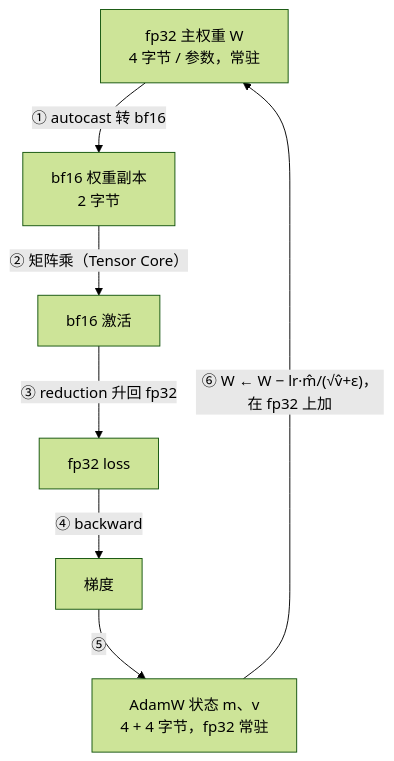
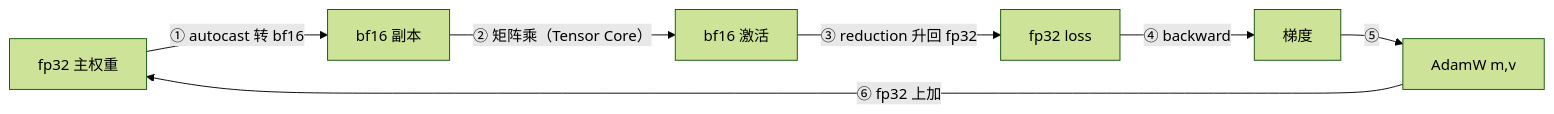
Before and after one commit to arganzheng/arganzheng.github.com: the third of 4 diagrams in slides/2026-01-22-algorithm-tooling.md, drawn with Mermaid (forest theme). The commit also changed other lines of this file, not shown here.

Commit message:
slides/algorithm-tooling: cut/shorten mermaid diagrams below 14px rendered text (check-render smalltext/overlap)

````diff
--- a/slides/2026-01-22-algorithm-tooling.md
+++ b/slides/2026-01-22-algorithm-tooling.md
@@ -207,9 +207,9 @@
 ```mermaid
-flowchart TB
-    W32["fp32 主权重 W<br/>4 字节 / 参数，常驻"] -- "① autocast 转 bf16" --> W16["bf16 权重副本<br/>2 字节"]
+flowchart LR
+    W32["fp32 主权重"] -- "① autocast 转 bf16" --> W16["bf16 副本"]
     W16 -- "② 矩阵乘（Tensor Core）" --> ACT["bf16 激活"]
     ACT -- "③ reduction 升回 fp32" --> LOSS["fp32 loss"]
     LOSS -- "④ backward" --> G["梯度"]
-    G -- "⑤" --> OPT["AdamW 状态 m、v<br/>4 + 4 字节，fp32 常驻"]
-    OPT -- "⑥ W ← W − lr·m̂/(√v̂+ε)，在 fp32 上加" --> W32
+    G -- "⑤" --> OPT["AdamW m,v"]
+    OPT -- "⑥ fp32 上加" --> W32
 ```
````
